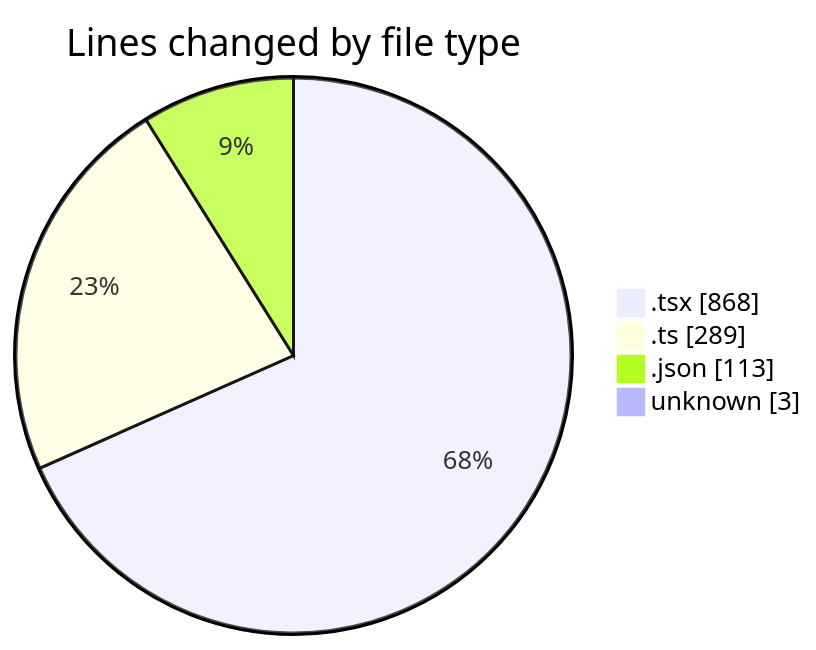
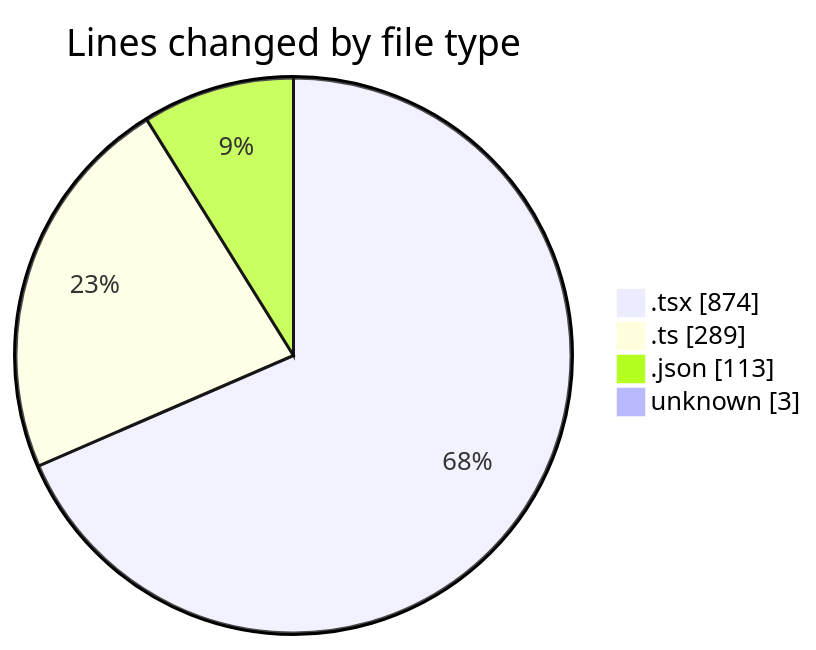
Before and after one commit to momahboobian/code-tracking: the first of 2 diagrams in 2025-02-23/pdf-analysis-app/README.md, drawn with Mermaid. The commit also changed other lines of this file and 1 other file, not shown here.

````diff
--- a/2025-02-23/pdf-analysis-app/README.md
+++ b/2025-02-23/pdf-analysis-app/README.md
@@ -33,8 +33,8 @@
 ```mermaid
 pie showData
 title Lines changed by file type
-".tsx" : 868
+".tsx" : 874
 ".ts" : 289
 ".json" : 113
 "unknown" : 3
 ```
````
